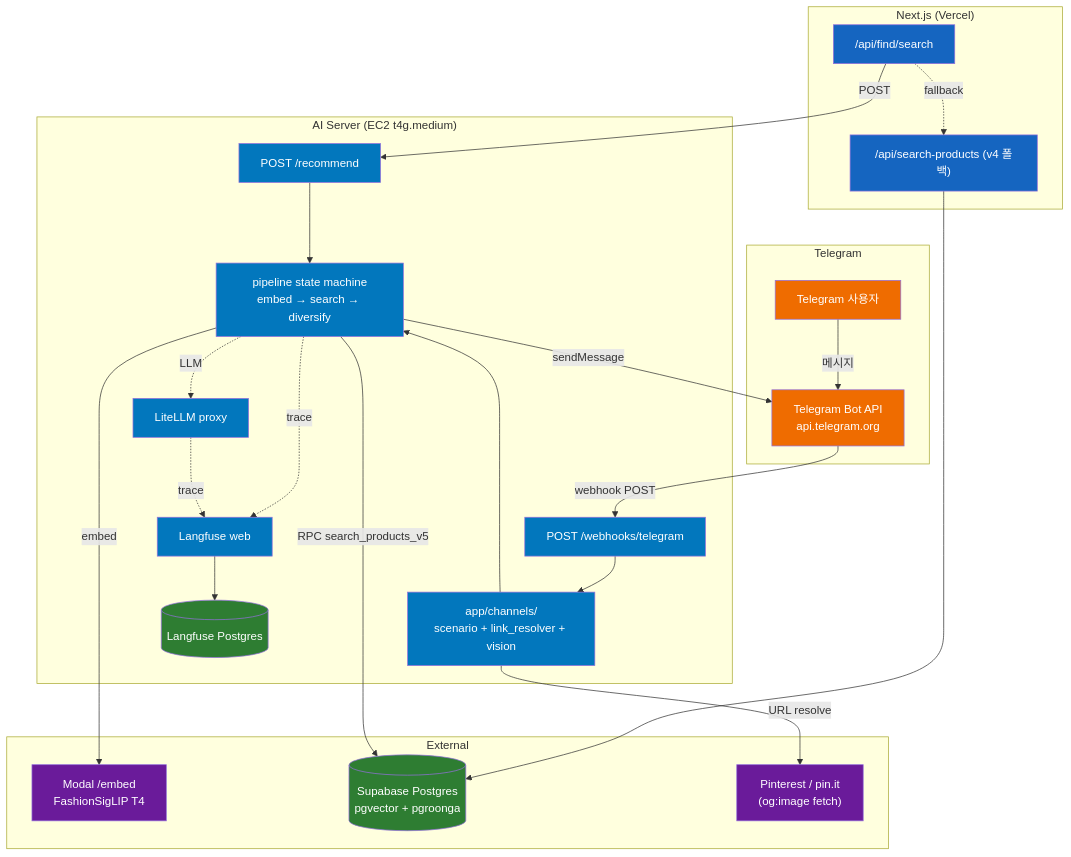
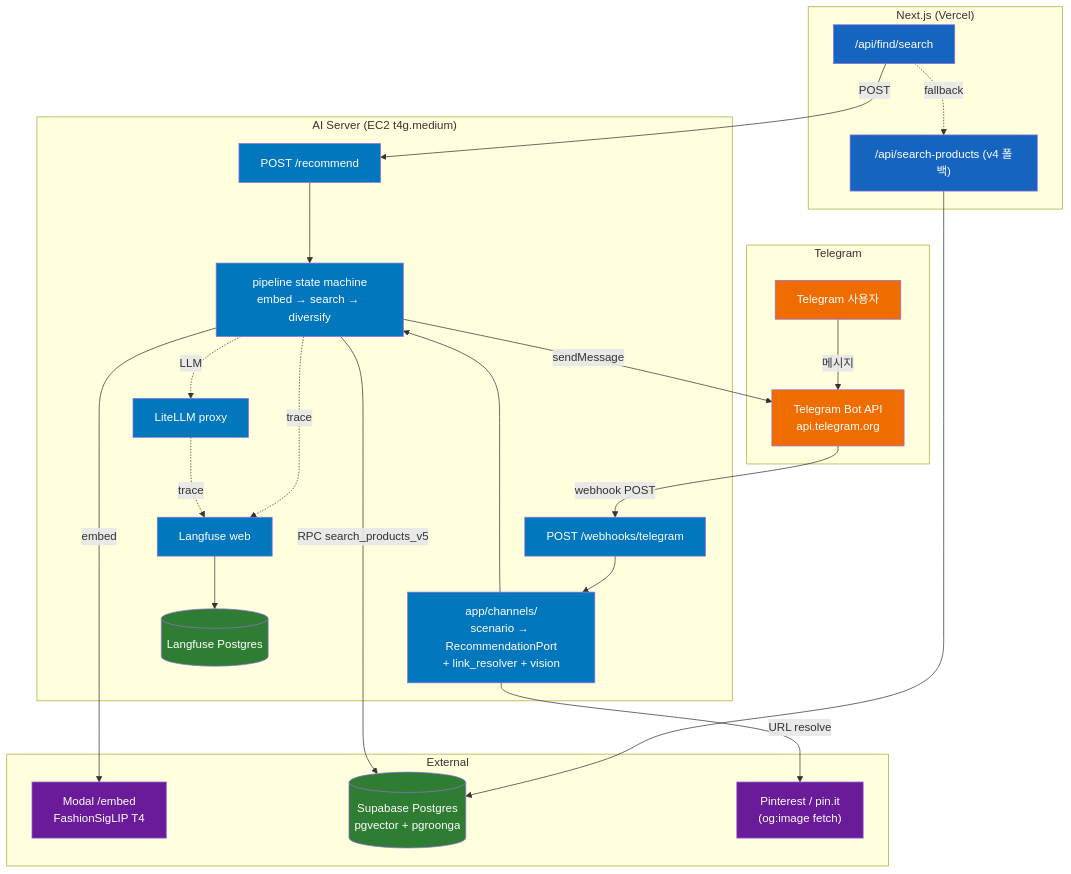
One commit to endurance-ai/ai-server changed the diagram in docs/ARCHITECTURE.md. Above: the diagram before and after it, drawn with Mermaid. The commit also changed other lines of this file and 4 other files, not shown here.

First line of the commit message:
docs(channels): sync CLAUDE.md / ARCHITECTURE / PATTERNS / pipeline for Port 패턴

````diff
--- a/docs/ARCHITECTURE.md
+++ b/docs/ARCHITECTURE.md
@@ -32,59 +32,59 @@
 ```mermaid
 graph TB
     subgraph App["Next.js (Vercel)"]
         FIND["/api/find/search"]
         V4["/api/search-products (v4 폴백)"]
     end
 
     subgraph Chat["Telegram"]
         TG_USER["Telegram 사용자"]
         TG_API["Telegram Bot API<br/>api.telegram.org"]
     end
 
     subgraph AI["AI Server (EC2 t4g.medium)"]
         REC["POST /recommend"]
         WH["POST /webhooks/telegram"]
-        CHAN["app/channels/<br/>scenario + link_resolver + vision"]
+        CHAN["app/channels/<br/>scenario → RecommendationPort<br/>+ link_resolver + vision"]
         PIPE["pipeline state machine<br/>embed → search → diversify"]
         LITELLM["LiteLLM proxy"]
         LFW["Langfuse web"]
         LFDB[("Langfuse Postgres")]
     end
 
     subgraph External["External"]
         MODAL["Modal /embed<br/>FashionSigLIP T4"]
         SB[("Supabase Postgres<br/>pgvector + pgroonga")]
         PIN["Pinterest / pin.it<br/>(og:image fetch)"]
     end
 
     FIND -->|POST| REC
     FIND -.fallback.-> V4
     V4 --> SB
 
     TG_USER -->|메시지| TG_API
     TG_API -->|webhook POST| WH
     WH --> CHAN
     CHAN -->|URL resolve| PIN
     CHAN --> PIPE
     PIPE -->|sendMessage| TG_API
 
     REC --> PIPE
     PIPE -->|embed| MODAL
     PIPE -->|RPC search_products_v5| SB
     PIPE -. trace .-> LFW
     PIPE -. LLM .-> LITELLM
     LITELLM -. trace .-> LFW
     LFW --> LFDB
 
     classDef app fill:#1565c0,color:#fff
     classDef ai fill:#0277bd,color:#fff
     classDef ext fill:#6a1b9a,color:#fff
     classDef data fill:#2e7d32,color:#fff
     classDef chat fill:#ef6c00,color:#fff
 
     class FIND,V4 app
     class REC,WH,CHAN,PIPE,LITELLM,LFW ai
     class MODAL,PIN ext
     class SB,LFDB data
     class TG_USER,TG_API chat
 ```
````
